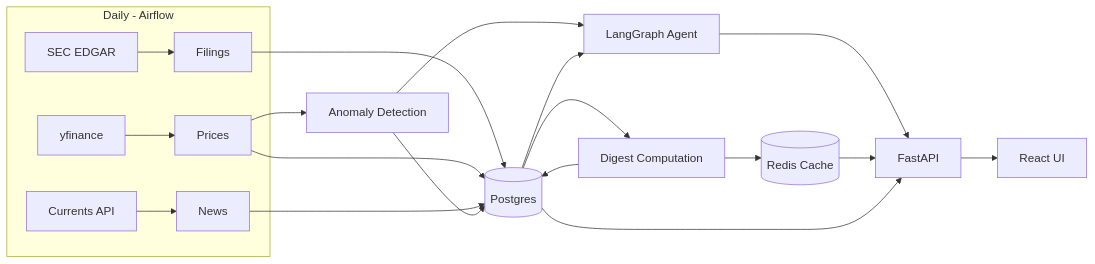
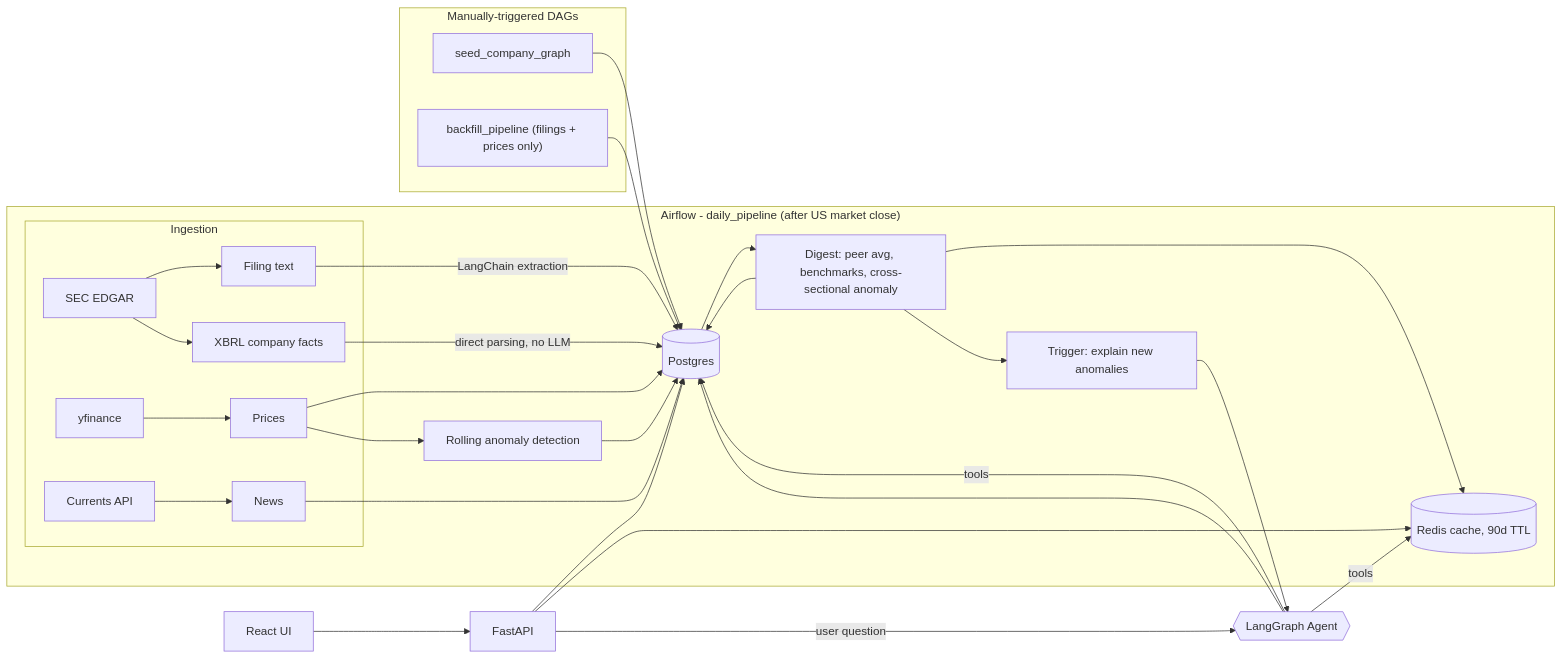
Before and after one commit to RuiDavid5b/yield-line: the diagram in README.md, drawn with Mermaid. The commit also changed other lines of this file and 1 other file, not shown here.

Commit message:
add sections, license and mermaid diagram

````diff
--- a/README.md
+++ b/README.md
@@ -5,22 +18,40 @@
 ```mermaid
 flowchart LR
-    subgraph Ingestion [Daily - Airflow]
-        EDGAR[SEC EDGAR] --> Filings
-        YF[yfinance] --> Prices
-        News[Currents API] --> NewsData[News]
+    subgraph Airflow["Airflow - daily_pipeline (after US market close)"]
+        subgraph Ingestion
+            EDGAR[SEC EDGAR] --> FilingText[Filing text]
+            EDGAR --> XBRL[XBRL company facts]
+            YF[yfinance] --> Prices
+            NewsAPI[Currents API] --> NewsData[News]
+        end
+
+        FilingText -->|"LangChain extraction"| PG[(Postgres)]
+        XBRL -->|"direct parsing, no LLM"| PG
+        Prices --> PG
+        NewsData --> PG
+
+        Prices --> Rolling[Rolling anomaly detection]
+        Rolling --> PG
+
+        PG --> Digest[Digest: peer avg, benchmarks, cross-sectional anomaly]
+        Digest --> Redis[(Redis cache, 90d TTL)]
+        Digest --> PG
+
+        Digest --> AutoExplain[Trigger: explain new anomalies]
     end
-    Filings --> PG[(Postgres)]
-    Prices --> PG
-    NewsData --> PG
-    Prices --> Anomaly[Anomaly Detection]
-    Anomaly --> PG
-    PG --> Digest[Digest Computation]
-    Digest --> Redis[(Redis Cache)]
-    Digest --> PG
-    Anomaly --> Agent[LangGraph Agent]
-    PG --> Agent
-    Agent --> API[FastAPI]
-    Redis --> API
-    PG --> API
-    API --> Frontend[React UI]
+
+    subgraph OneOff["Manually-triggered DAGs"]
+        Seed[seed_company_graph] --> PG
+        Backfill["backfill_pipeline (filings + prices only)"] --> PG
+    end
+
+    AutoExplain --> Agent{{LangGraph Agent}}
+    Agent -->|"tools"| PG
+    Agent -->|"tools"| Redis
+    Agent --> PG
+
+    Frontend[React UI] --> API[FastAPI]
+    API -->|"user question"| Agent
+    API --> PG
+    API --> Redis
 ```
````
